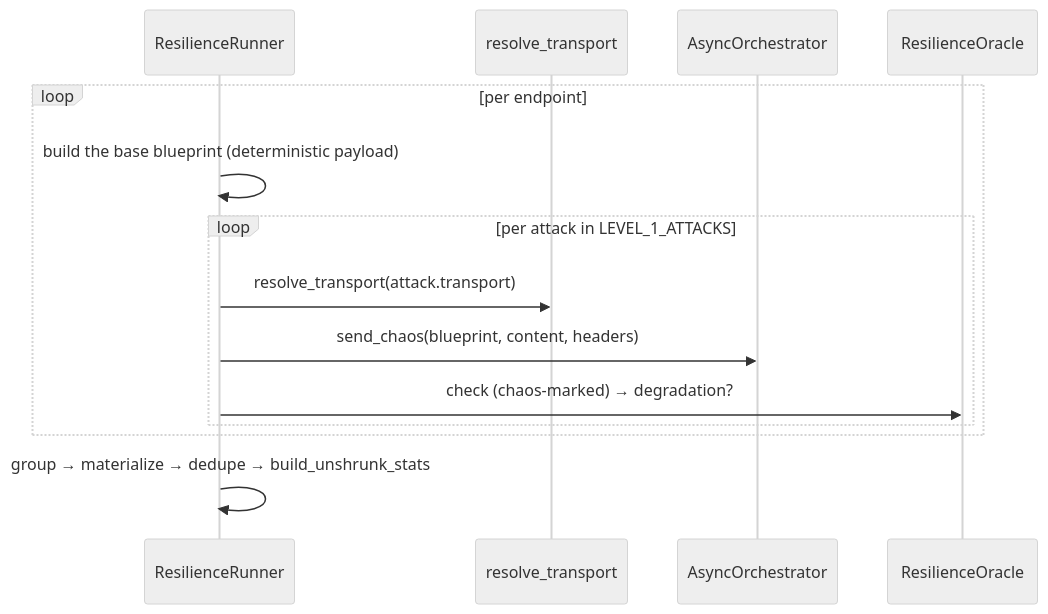
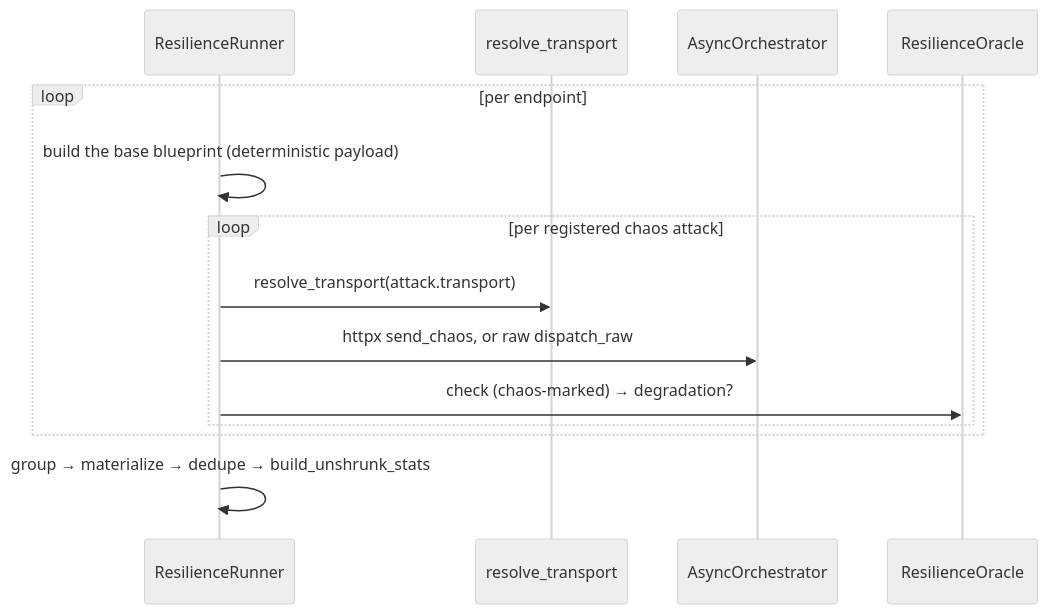
The fifth of 6 diagrams in docs/modules/custom-schemathesis/execution-modes.md (Spec-Forge-Testing/specforge-docs), drawn with Mermaid (neutral theme) before and after one commit. The commit also changed other lines of this file and 6 other files, not shown here.

First line of the commit message:
docs(engine): raw-socket chaos transport and hacker transport patterns for resilience

````diff
--- a/docs/modules/custom-schemathesis/execution-modes.md
+++ b/docs/modules/custom-schemathesis/execution-modes.md
@@ -169,17 +169,17 @@
 ```mermaid
 sequenceDiagram
     participant RN as ResilienceRunner
     participant T as resolve_transport
     participant Orch as AsyncOrchestrator
     participant Or as ResilienceOracle
 
     loop per endpoint
         RN->>RN: build the base blueprint (deterministic payload)
-        loop per attack in LEVEL_1_ATTACKS
+        loop per registered chaos attack
             RN->>T: resolve_transport(attack.transport)
-            RN->>Orch: send_chaos(blueprint, content, headers)
+            RN->>Orch: httpx send_chaos, or raw dispatch_raw
             RN->>Or: check (chaos-marked) → degradation?
         end
     end
     RN->>RN: group → materialize → dedupe → build_unshrunk_stats
 ```
````
